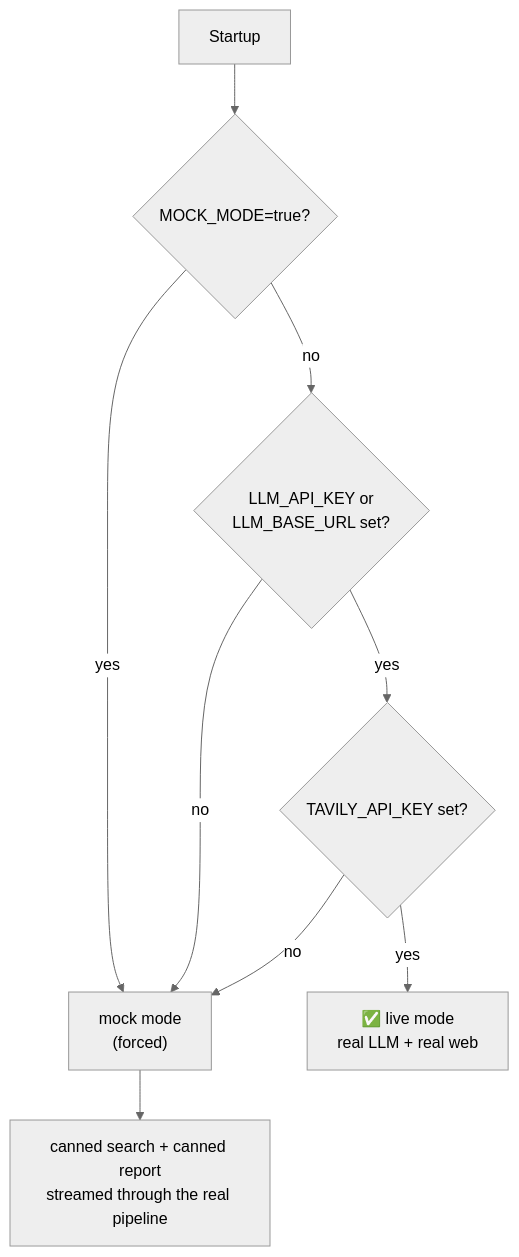
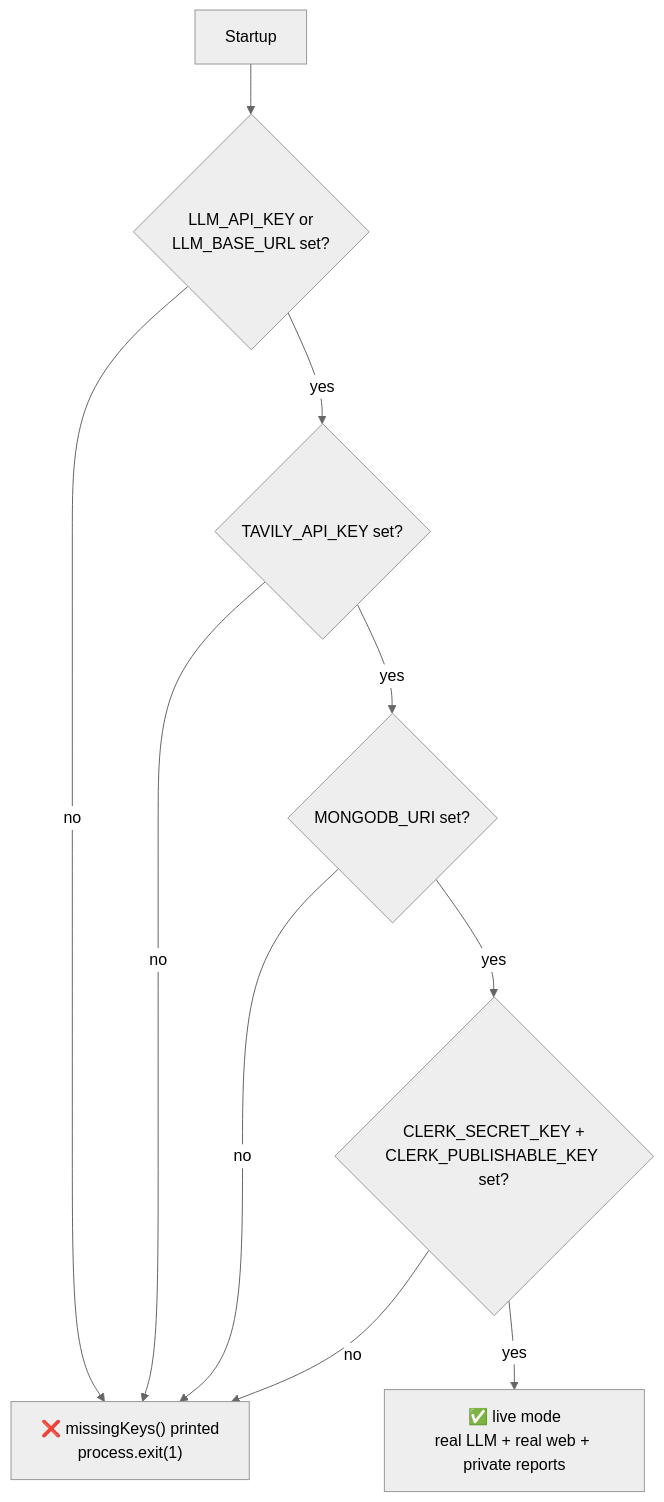
Before and after one commit to AlphaBeast97/deep-research-ai-platform: the seventh of 16 diagrams in docs/ARCHITECTURE.md, drawn with Mermaid (neutral theme). The commit also changed other lines of this file and 23 other files, not shown here.

First line of the commit message:
feat: add Clerk auth, make MongoDB the only store, delete mock mode

````diff
--- a/docs/ARCHITECTURE.md
+++ b/docs/ARCHITECTURE.md
@@ -900,11 +893,12 @@
 ```mermaid
 flowchart TD
-    A["Startup"] --> B{"MOCK_MODE=true?"}
-    B -->|"yes"| M["mock mode<br/>(forced)"]
-    B -->|"no"| C{"LLM_API_KEY or<br/>LLM_BASE_URL set?"}
-    C -->|"no"| M
-    C -->|"yes"| D{"TAVILY_API_KEY set?"}
-    D -->|"yes"| LIVE["✅ live mode<br/>real LLM + real web"]
-    D -->|"no"| M
-    M --> M2["canned search + canned report<br/>streamed through the real pipeline"]
+    A["Startup"] --> B{"LLM_API_KEY or<br/>LLM_BASE_URL set?"}
+    B -->|"no"| X["❌ missingKeys() printed<br/>process.exit(1)"]
+    B -->|"yes"| C{"TAVILY_API_KEY set?"}
+    C -->|"no"| X
+    C -->|"yes"| D{"MONGODB_URI set?"}
+    D -->|"no"| X
+    D -->|"yes"| E{"CLERK_SECRET_KEY +<br/>CLERK_PUBLISHABLE_KEY set?"}
+    E -->|"no"| X
+    E -->|"yes"| LIVE["✅ live mode<br/>real LLM + real web + private reports"]
 ```
````
